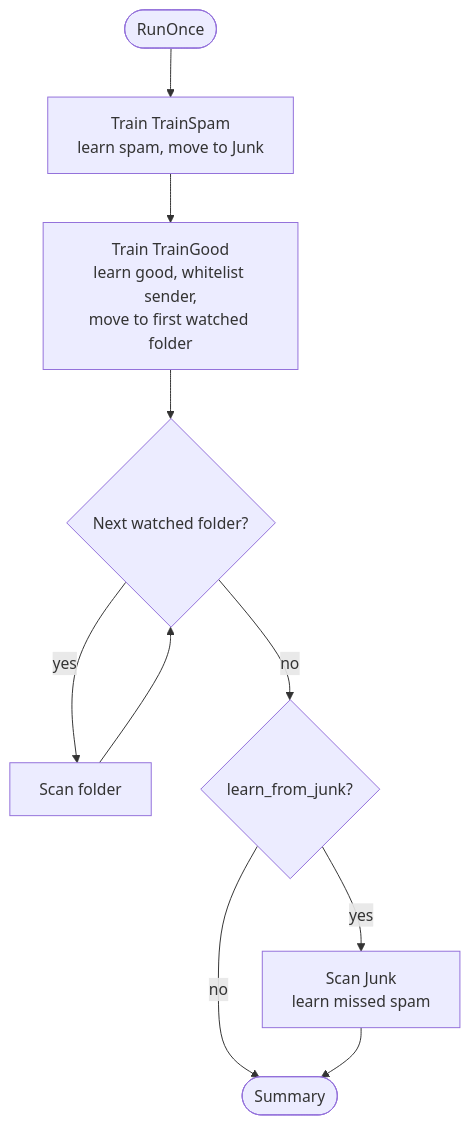
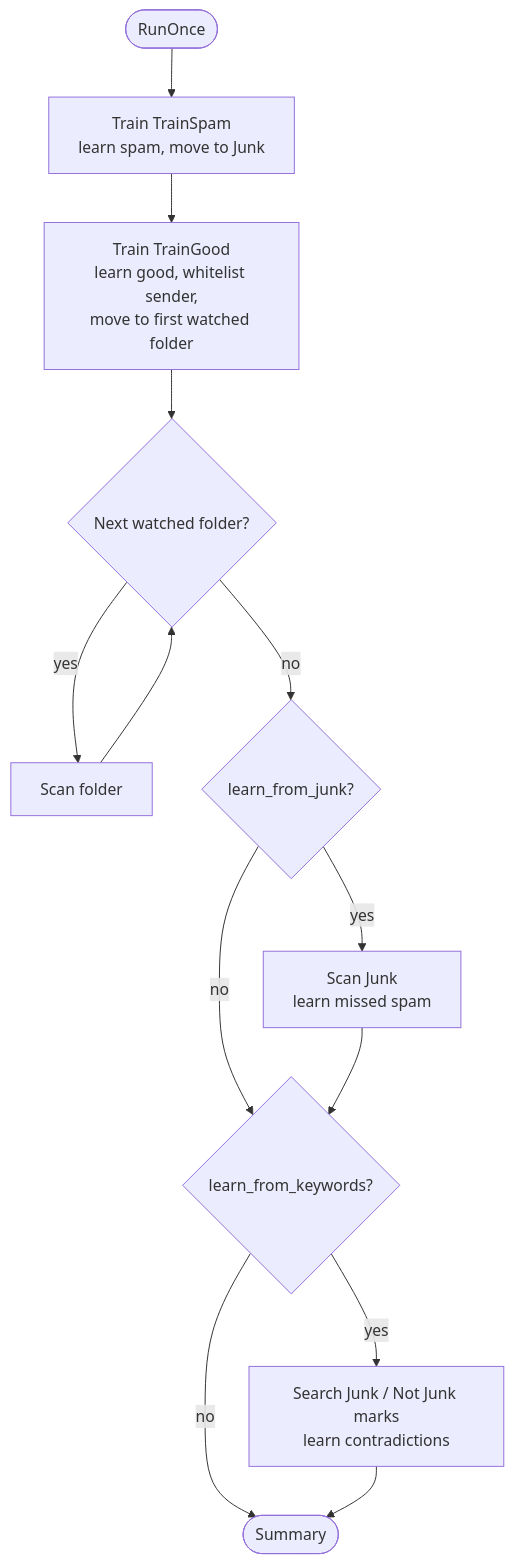
Before and after one commit to hugoh/tamis: the second of 8 diagrams in docs/engine.md, drawn with Mermaid. The commit also changed other lines of this file and 7 other files, not shown here.

Commit message:
feat: learn from Junk and Not Junk keywords

````diff
--- a/docs/engine.md
+++ b/docs/engine.md
@@ -40,12 +40,15 @@
 ```mermaid
 flowchart TD
     start([RunOnce]) --> trainSpam[Train TrainSpam<br/>learn spam, move to Junk]
     trainSpam --> trainGood[Train TrainGood<br/>learn good, whitelist sender,<br/>move to first watched folder]
     trainGood --> watch{Next watched folder?}
     watch -- yes --> scan[Scan folder]
     scan --> watch
     watch -- no --> learn{learn_from_junk?}
     learn -- yes --> junk[Scan Junk<br/>learn missed spam]
-    learn -- no --> done([Summary])
-    junk --> done
+    learn -- no --> marks{learn_from_keywords?}
+    junk --> marks
+    marks -- yes --> keywords[Search Junk / Not Junk marks<br/>learn contradictions]
+    marks -- no --> done([Summary])
+    keywords --> done
 ```
````
